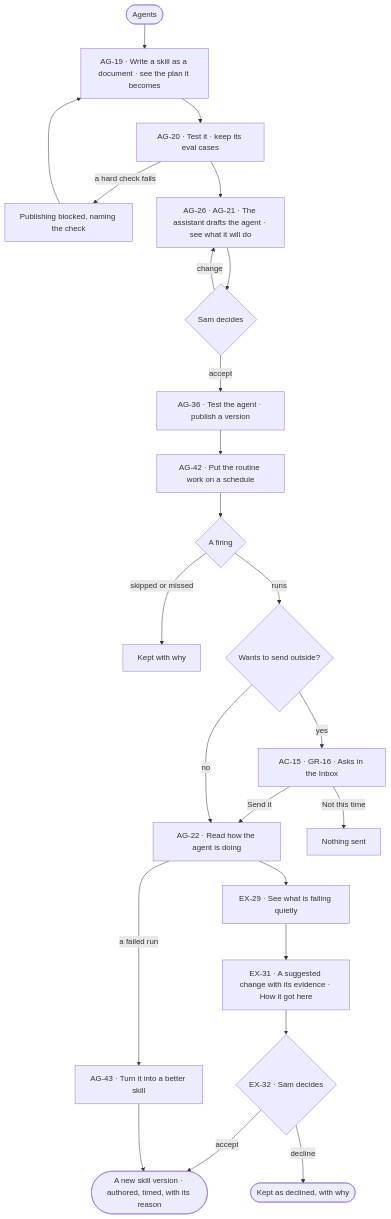
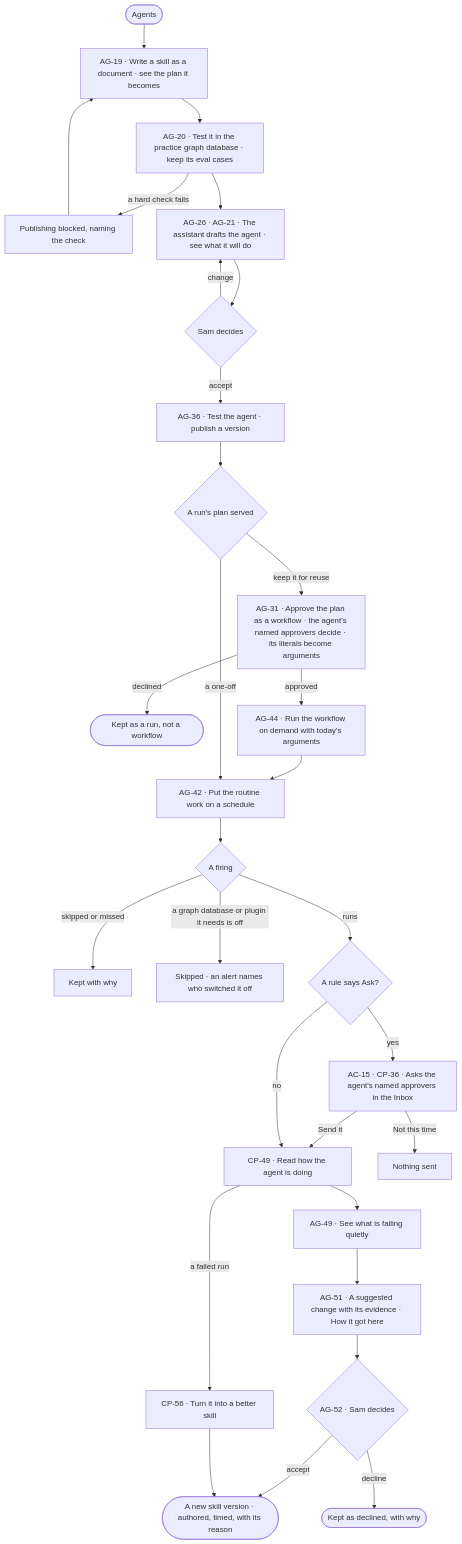
One commit to invana/invana changed the diagram in specs/journeys/J04-build-an-agent-and-improve-it-from-what-runs-teach.md. Above: the diagram before and after it, drawn with Mermaid. The commit also changed other lines of this file and 522 other files, not shown here.

````diff
--- a/specs/journeys/J04-build-an-agent-and-improve-it-from-what-runs-teach.md
+++ b/specs/journeys/J04-build-an-agent-and-improve-it-from-what-runs-teach.md
@@ -16,24 +16,30 @@
 ```mermaid
 flowchart TD
   A([Agents]) --> B["AG-19 · Write a skill as a document · see the plan it becomes"]
-  B --> C["AG-20 · Test it · keep its eval cases"]
+  B --> C["AG-20 · Test it in the practice graph database · keep its eval cases"]
   C -->|a hard check fails| C1["Publishing blocked, naming the check"] --> B
   C --> D["AG-26 · AG-21 · The assistant drafts the agent · see what it will do"]
   D --> E{"Sam decides"}
   E -->|change| D
   E -->|accept| F["AG-36 · Test the agent · publish a version"]
-  F --> G["AG-42 · Put the routine work on a schedule"]
+  F --> W{"A run's plan served"}
+  W -->|keep it for reuse| W1["AG-31 · Approve the plan as a workflow · the agent's named approvers decide · its literals become arguments"]
+  W1 -->|declined| W2(["Kept as a run, not a workflow"])
+  W1 -->|approved| W3["AG-44 · Run the workflow on demand with today's arguments"]
+  W3 --> G["AG-42 · Put the routine work on a schedule"]
+  W -->|a one-off| G
   G --> H{"A firing"}
   H -->|skipped or missed| H1["Kept with why"]
-  H -->|runs| I{"Wants to send outside?"}
-  I -->|yes| J["AC-15 · GR-16 · Asks in the Inbox"]
+  H -->|a graph database or plugin it needs is off| H2["Skipped · an alert names who switched it off"]
+  H -->|runs| I{"A rule says Ask?"}
+  I -->|yes| J["AC-15 · CP-36 · Asks the agent's named approvers in the Inbox"]
   J -->|Send it| K
   J -->|Not this time| K1["Nothing sent"]
-  I -->|no| K["AG-22 · Read how the agent is doing"]
-  K --> L["EX-29 · See what is failing quietly"]
-  L --> M["EX-31 · A suggested change with its evidence · How it got here"]
-  M --> N{"EX-32 · Sam decides"}
+  I -->|no| K["CP-49 · Read how the agent is doing"]
+  K --> L["AG-49 · See what is failing quietly"]
+  L --> M["AG-51 · A suggested change with its evidence · How it got here"]
+  M --> N{"AG-52 · Sam decides"}
   N -->|accept| O(["A new skill version · authored, timed, with its reason"])
   N -->|decline| P(["Kept as declined, with why"])
-  K -->|a failed run| Q["AG-43 · Turn it into a better skill"] --> O
+  K -->|a failed run| Q["CP-56 · Turn it into a better skill"] --> O
 ```
````
